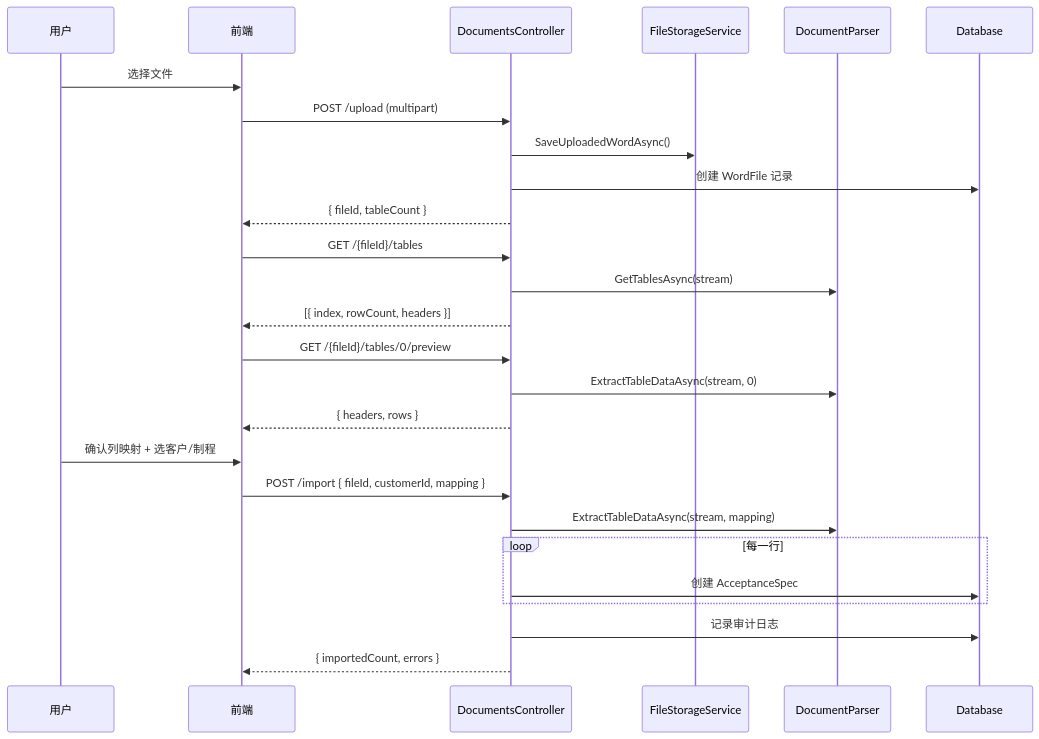
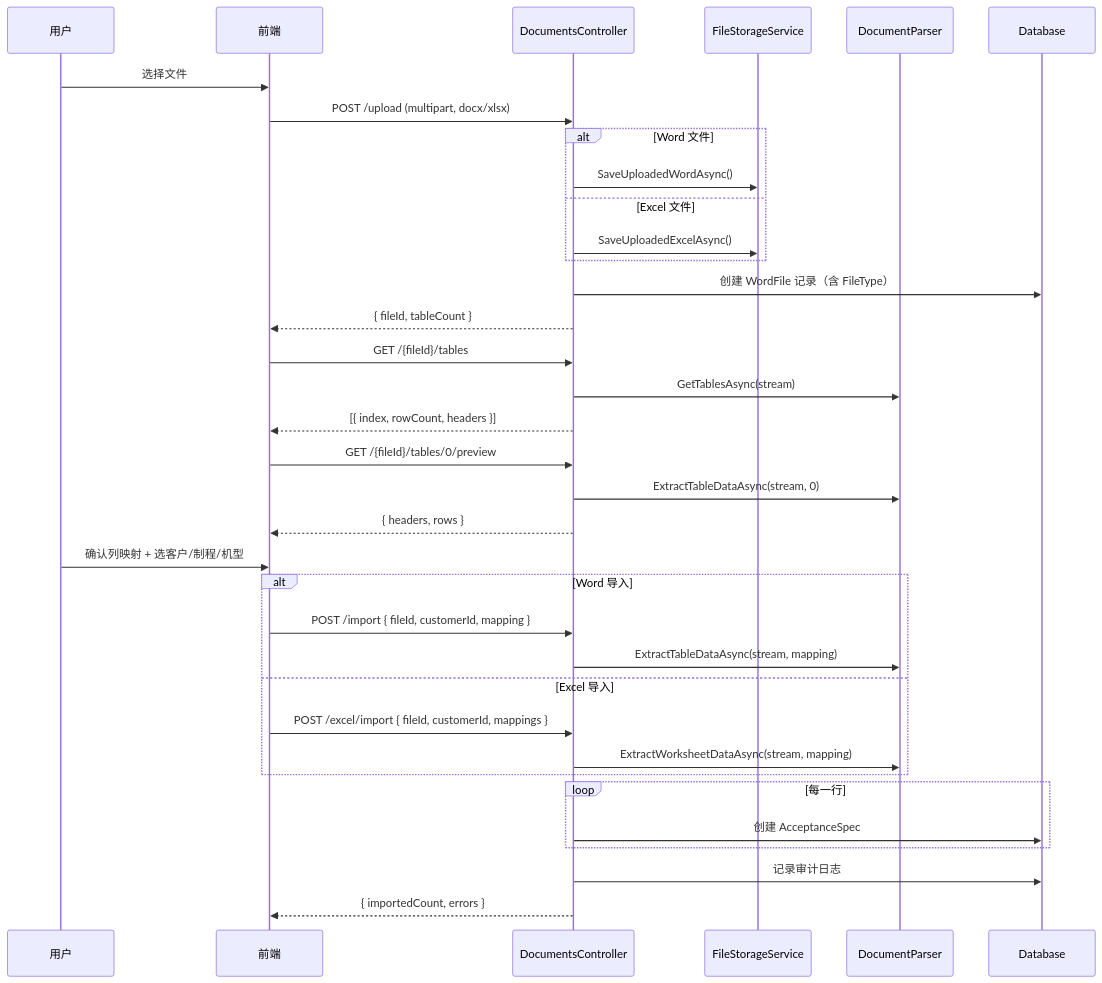
One commit to xiaocaiisxiaocai/AcceptanceSpecRecognition changed diagram 17 of 28 in docs/design-overview.md. Above: the diagram before and after it, drawn with Mermaid. The commit also changed other lines of this file and 51 other files, not shown here.

````diff
--- a/docs/design-overview.md
+++ b/docs/design-overview.md
@@ -699,32 +800,41 @@
 ```mermaid
 sequenceDiagram
     participant U as 用户
     participant FE as 前端
     participant DC as DocumentsController
     participant FS as FileStorageService
     participant DP as DocumentParser
     participant DB as Database
 
     U->>FE: 选择文件
-    FE->>DC: POST /upload (multipart)
-    DC->>FS: SaveUploadedWordAsync()
-    DC->>DB: 创建 WordFile 记录
+    FE->>DC: POST /upload (multipart, docx/xlsx)
+    alt Word 文件
+        DC->>FS: SaveUploadedWordAsync()
+    else Excel 文件
+        DC->>FS: SaveUploadedExcelAsync()
+    end
+    DC->>DB: 创建 WordFile 记录（含 FileType）
     DC-->>FE: { fileId, tableCount }
 
     FE->>DC: GET /{fileId}/tables
     DC->>DP: GetTablesAsync(stream)
     DC-->>FE: [{ index, rowCount, headers }]
 
     FE->>DC: GET /{fileId}/tables/0/preview
     DC->>DP: ExtractTableDataAsync(stream, 0)
     DC-->>FE: { headers, rows }
 
-    U->>FE: 确认列映射 + 选客户/制程
-    FE->>DC: POST /import { fileId, customerId, mapping }
-    DC->>DP: ExtractTableDataAsync(stream, mapping)
+    U->>FE: 确认列映射 + 选客户/制程/机型
+    alt Word 导入
+        FE->>DC: POST /import { fileId, customerId, mapping }
+        DC->>DP: ExtractTableDataAsync(stream, mapping)
+    else Excel 导入
+        FE->>DC: POST /excel/import { fileId, customerId, mappings }
+        DC->>DP: ExtractWorksheetDataAsync(stream, mapping)
+    end
     loop 每一行
         DC->>DB: 创建 AcceptanceSpec
     end
     DC->>DB: 记录审计日志
     DC-->>FE: { importedCount, errors }
 ```
````
